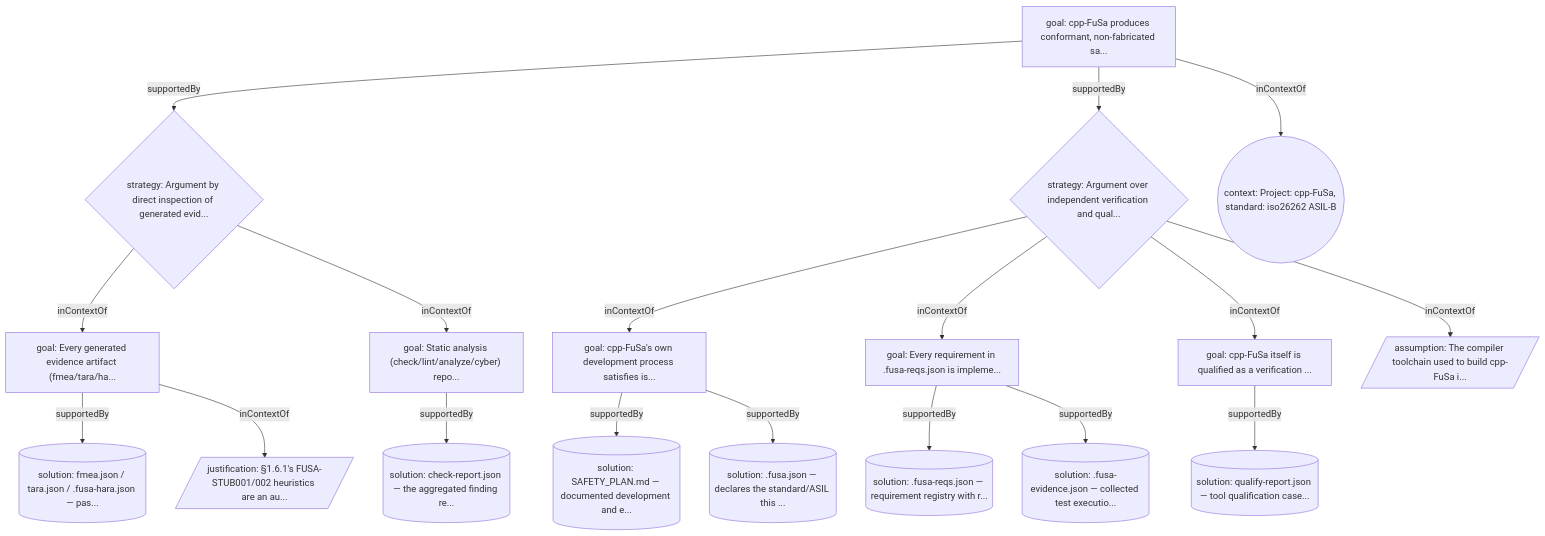
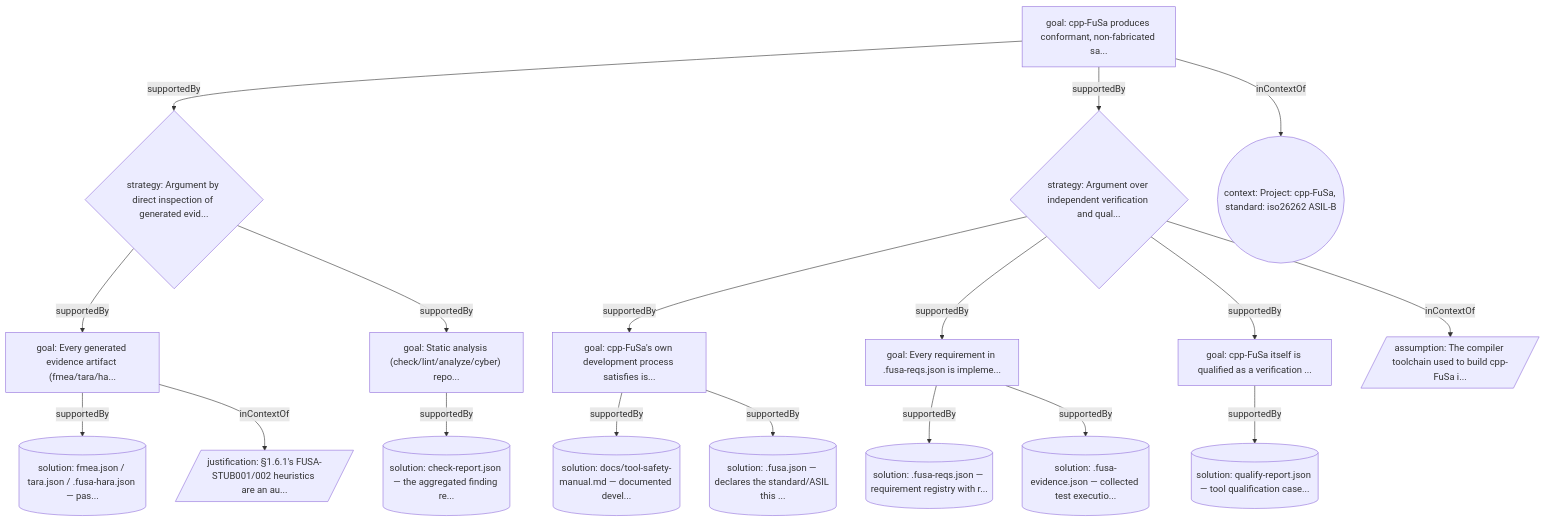
The diagram in safety-case.mermaid (SoundMatt/cpp-FuSa), drawn with Mermaid before and after one commit. The commit also changed 4 other files, not shown here.

First line of the commit message:
fix(safety_case): correct goalsWithEvidence, supportedBy edges, evidence citation

```diff
--- a/safety-case.mermaid
+++ b/safety-case.mermaid
@@ -1,37 +1,37 @@
 graph TD
 %% cpp-FuSa Safety Case GSN — cpp-FuSa
   G1["goal: cpp-FuSa produces conformant, non-fabricated sa..."]
   G2["goal: cpp-FuSa's own development process satisfies is..."]
   G3["goal: Every generated evidence artifact (fmea/tara/ha..."]
   G4["goal: Every requirement in .fusa-reqs.json is impleme..."]
   G5["goal: Static analysis (check/lint/analyze/cyber) repo..."]
   G6["goal: cpp-FuSa itself is qualified as a verification ..."]
   St1{"strategy: Argument by direct inspection of generated evid..."}
   St2{"strategy: Argument over independent verification and qual..."}
-  Sn1[("solution: SAFETY_PLAN.md — documented development and e...")]
+  Sn1[("solution: docs/tool-safety-manual.md — documented devel...")]
   Sn2[("solution: .fusa.json — declares the standard/ASIL this ...")]
   Sn3[("solution: .fusa-reqs.json — requirement registry with r...")]
   Sn4[("solution: qualify-report.json — tool qualification case...")]
   Sn5[("solution: .fusa-evidence.json — collected test executio...")]
   Sn6[("solution: check-report.json — the aggregated finding re...")]
   Sn7[("solution: fmea.json / tara.json / .fusa-hara.json — pas...")]
   C1(("context: Project: cpp-FuSa, standard: iso26262 ASIL-B"))
   A1[/"assumption: The compiler toolchain used to build cpp-FuSa i..."/]
   J1[/"justification: §1.6.1's FUSA-STUB001/002 heuristics are an au..."/]
   G1 -->|"supportedBy"| St1
-  St1 -->|"inContextOf"| G3
-  St1 -->|"inContextOf"| G5
+  St1 -->|"supportedBy"| G3
+  St1 -->|"supportedBy"| G5
   G1 -->|"supportedBy"| St2
-  St2 -->|"inContextOf"| G2
-  St2 -->|"inContextOf"| G4
-  St2 -->|"inContextOf"| G6
+  St2 -->|"supportedBy"| G2
+  St2 -->|"supportedBy"| G4
+  St2 -->|"supportedBy"| G6
   G2 -->|"supportedBy"| Sn1
   G2 -->|"supportedBy"| Sn2
   G4 -->|"supportedBy"| Sn3
   G4 -->|"supportedBy"| Sn5
   G5 -->|"supportedBy"| Sn6
   G6 -->|"supportedBy"| Sn4
   G3 -->|"supportedBy"| Sn7
   G1 -->|"inContextOf"| C1
   St2 -->|"inContextOf"| A1
   G3 -->|"inContextOf"| J1
```
